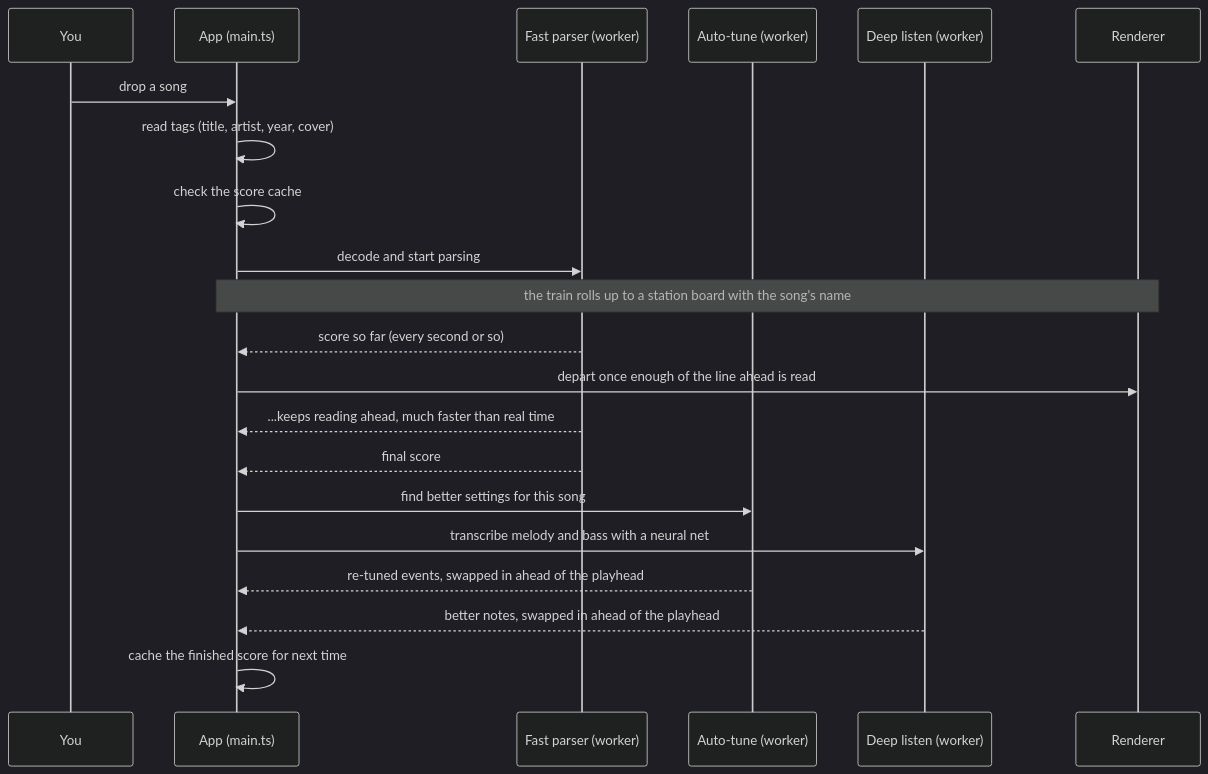
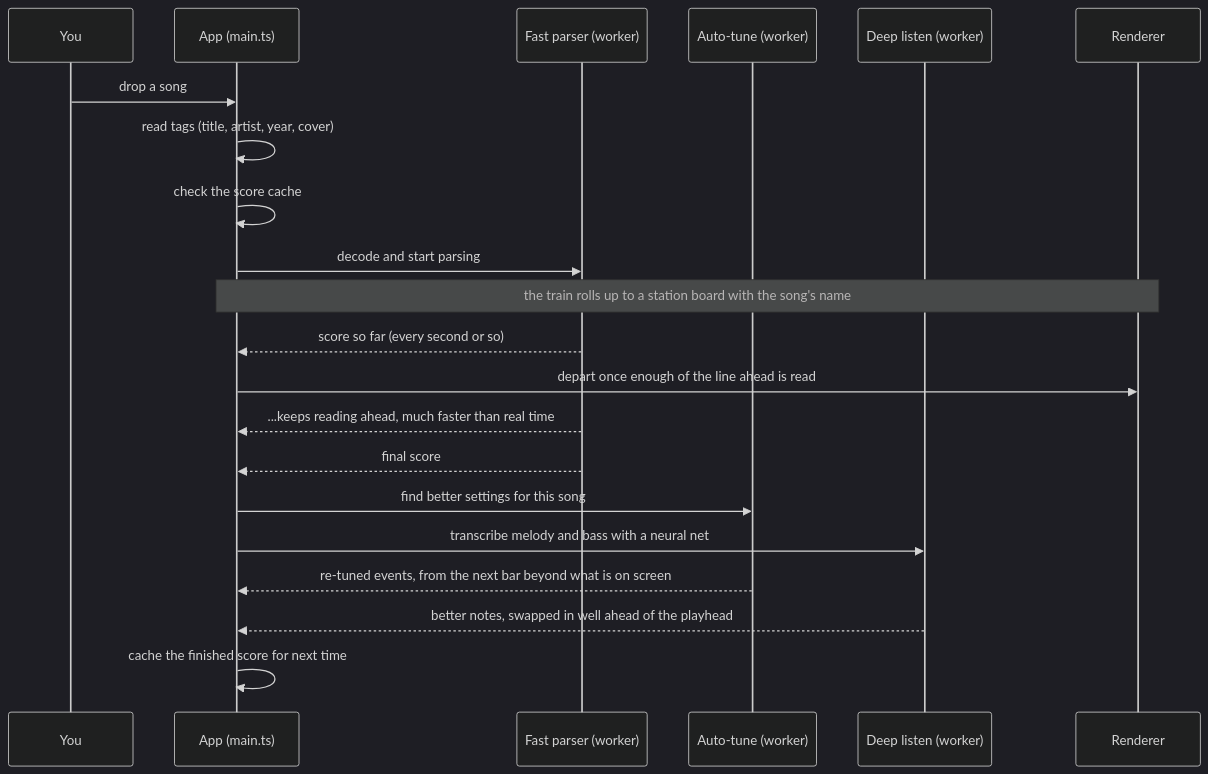
The second of 7 diagrams in docs/TECHNOLOGY.md (FrunkQ/gondryator), drawn with Mermaid (dark theme) before and after one commit. The commit also changed other lines of this file and 2 other files, not shown here.

````diff
--- a/docs/TECHNOLOGY.md
+++ b/docs/TECHNOLOGY.md
@@ -23,24 +23,24 @@
 ```mermaid
 sequenceDiagram
     participant You
     participant App as App (main.ts)
     participant Fast as Fast parser (worker)
     participant Tune as Auto-tune (worker)
     participant Deep as Deep listen (worker)
     participant Ride as Renderer
 
     You->>App: drop a song
     App->>App: read tags (title, artist, year, cover)
     App->>App: check the score cache
     App->>Fast: decode and start parsing
     Note over App,Ride: the train rolls up to a station board with the song's name
     Fast-->>App: score so far (every second or so)
     App->>Ride: depart once enough of the line ahead is read
     Fast-->>App: ...keeps reading ahead, much faster than real time
     Fast-->>App: final score
     App->>Tune: find better settings for this song
     App->>Deep: transcribe melody and bass with a neural net
-    Tune-->>App: re-tuned events, swapped in ahead of the playhead
-    Deep-->>App: better notes, swapped in ahead of the playhead
+    Tune-->>App: re-tuned events, from the next bar beyond what is on screen
+    Deep-->>App: better notes, swapped in well ahead of the playhead
     App->>App: cache the finished score for next time
 ```
````
